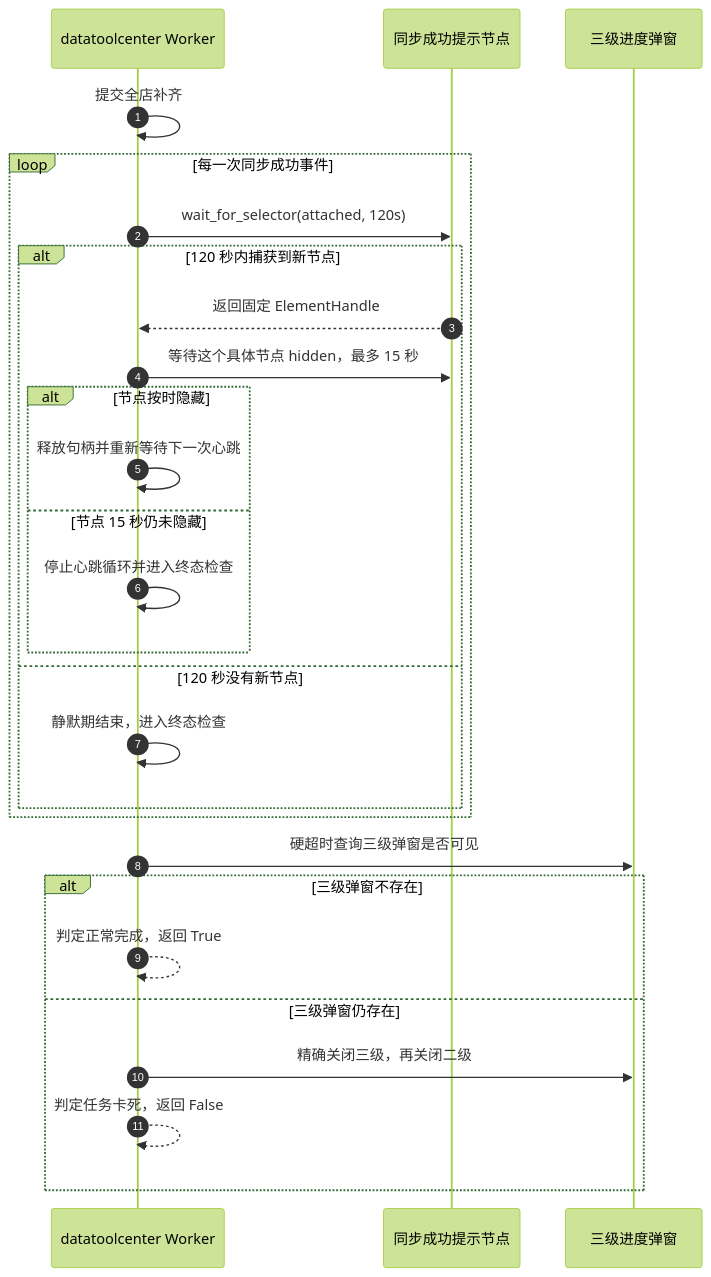
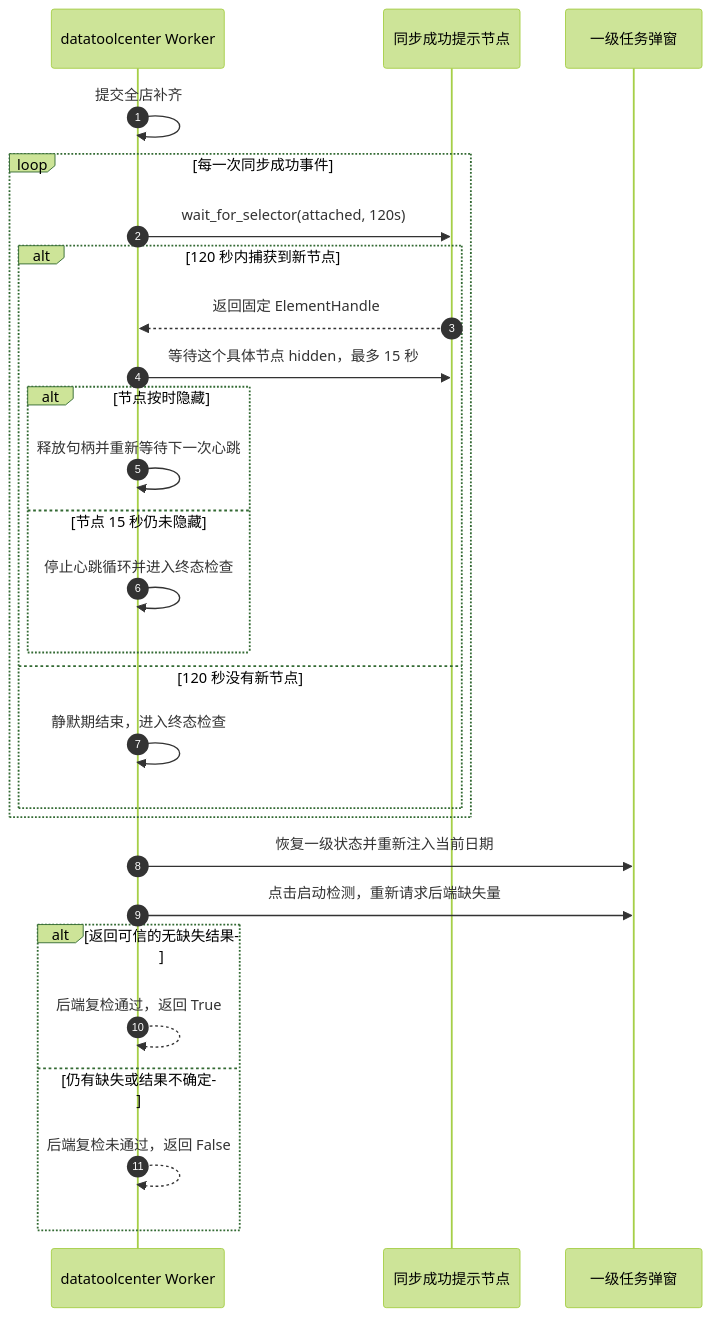
One commit to liao084/BitBrowser-Backfill-Engine changed the tenth of 15 diagrams in ARCHITECTURE.md. Above: the diagram before and after it, drawn with Mermaid (forest theme). The commit also changed other lines of this file and 8 other files, not shown here.

````diff
--- a/ARCHITECTURE.md
+++ b/ARCHITECTURE.md
@@ -360,30 +360,30 @@
 ```mermaid
 sequenceDiagram
     autonumber
     participant W as datatoolcenter Worker
     participant Toast as 同步成功提示节点
-    participant Dialog as 三级进度弹窗
+    participant Primary as 一级任务弹窗
 
     W->>W: 提交全店补齐
     loop 每一次同步成功事件
         W->>Toast: wait_for_selector(attached, 120s)
         alt 120 秒内捕获到新节点
             Toast-->>W: 返回固定 ElementHandle
             W->>Toast: 等待这个具体节点 hidden，最多 15 秒
             alt 节点按时隐藏
                 W->>W: 释放句柄并重新等待下一次心跳
             else 节点 15 秒仍未隐藏
                 W->>W: 停止心跳循环并进入终态检查
             end
         else 120 秒没有新节点
             W->>W: 静默期结束，进入终态检查
         end
     end
-    W->>Dialog: 硬超时查询三级弹窗是否可见
-    alt 三级弹窗不存在
-        W-->>W: 判定正常完成，返回 True
-    else 三级弹窗仍存在
-        W->>Dialog: 精确关闭三级，再关闭二级
-        W-->>W: 判定任务卡死，返回 False
+    W->>Primary: 恢复一级状态并重新注入当前日期
+    W->>Primary: 点击启动检测，重新请求后端缺失量
+    alt 返回可信的无缺失结果
+        W-->>W: 后端复检通过，返回 True
+    else 仍有缺失或结果不确定
+        W-->>W: 后端复检未通过，返回 False
     end
 ```
````
